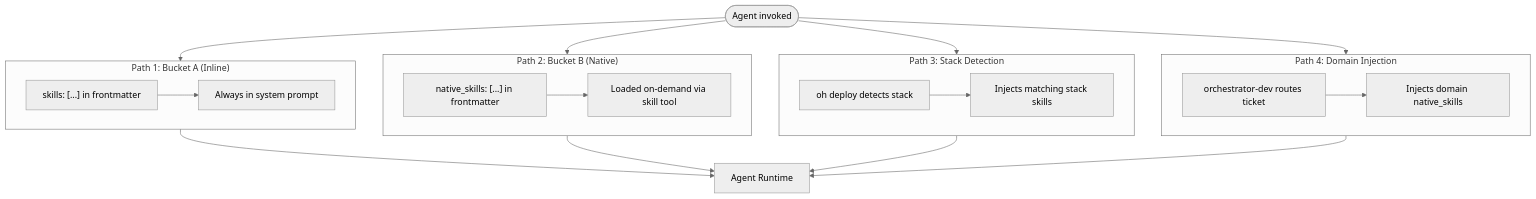
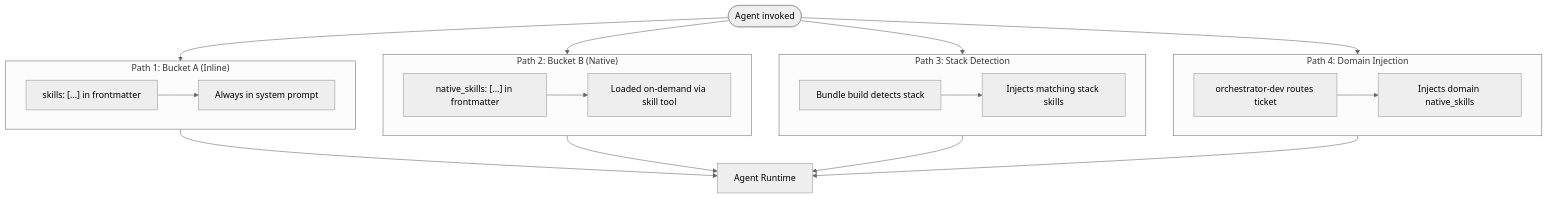
The diagram in docs/architecture/skills.en.md (datichb/openhub), drawn with Mermaid (neutral theme) before and after one commit. The commit also changed other lines of this file and 92 other files, not shown here.

````diff
--- a/docs/architecture/skills.en.md
+++ b/docs/architecture/skills.en.md
@@ -12,22 +14,22 @@
 ```mermaid
 flowchart TD
     START(["Agent invoked"]) --> P1 & P2 & P3 & P4
 
     subgraph P1 ["Path 1: Bucket A (Inline)"]
         A1["skills: [...] in frontmatter"] --> A2["Always in system prompt"]
     end
 
     subgraph P2 ["Path 2: Bucket B (Native)"]
         B1["native_skills: [...] in frontmatter"] --> B2["Loaded on-demand via skill tool"]
     end
 
     subgraph P3 ["Path 3: Stack Detection"]
-        C1["oh deploy detects stack"] --> C2["Injects matching stack skills"]
+        C1["Bundle build detects stack"] --> C2["Injects matching stack skills"]
     end
 
     subgraph P4 ["Path 4: Domain Injection"]
         D1["orchestrator-dev routes ticket"] --> D2["Injects domain native_skills"]
     end
 
     P1 & P2 & P3 & P4 --> AGENT["Agent Runtime"]
 ```
````
